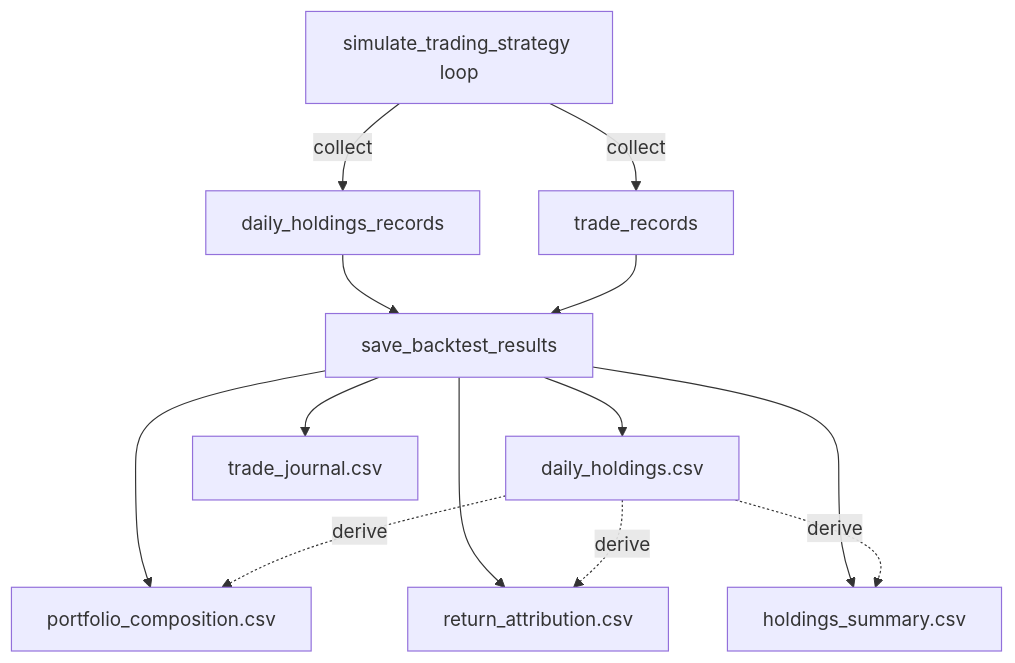
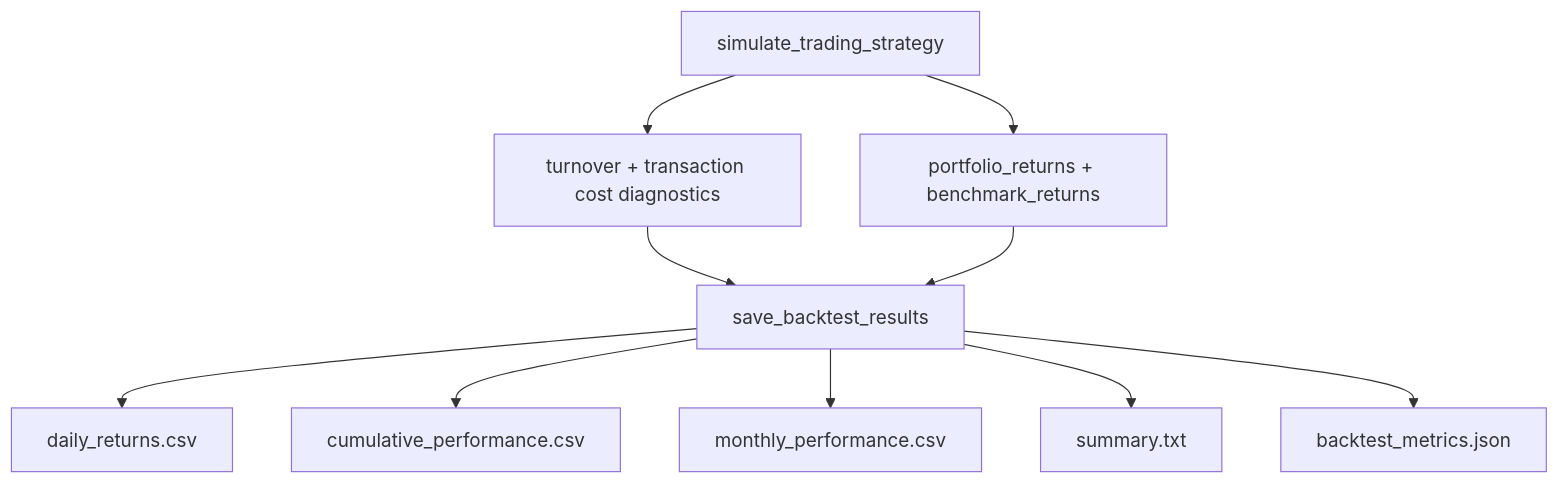
The diagram in .cursor/plans/portfolio_tracking_outputs_97e4564b.plan.md (magilliam27/MCI-GRU), drawn with Mermaid before and after one commit. The commit also changed other lines of this file and 2 other files, not shown here.

First line of the commit message:
Refactor portfolio tracking outputs in backtest simulation

````diff
--- a/.cursor/plans/portfolio_tracking_outputs_97e4564b.plan.md
+++ b/.cursor/plans/portfolio_tracking_outputs_97e4564b.plan.md
@@ -47,19 +79,12 @@
 ```mermaid
 flowchart TD
-    SimLoop[simulate_trading_strategy loop]
-    SimLoop -->|collect| HoldingsData[daily_holdings_records]
-    SimLoop -->|collect| TradeData[trade_records]
-    
-    HoldingsData --> SaveFunc[save_backtest_results]
-    TradeData --> SaveFunc
-    
-    SaveFunc --> CSV1[daily_holdings.csv]
-    SaveFunc --> CSV2[trade_journal.csv]
-    SaveFunc --> CSV3[portfolio_composition.csv]
-    SaveFunc --> CSV4[return_attribution.csv]
-    SaveFunc --> CSV5[holdings_summary.csv]
-    
-    CSV1 -.derive.-> CSV3
-    CSV1 -.derive.-> CSV4
-    CSV1 -.derive.-> CSV5
+    A[simulate_trading_strategy] --> B[portfolio_returns + benchmark_returns]
+    A --> C[turnover + transaction cost diagnostics]
+    C --> D[save_backtest_results]
+    B --> D
+    D --> E[daily_returns.csv]
+    D --> F[cumulative_performance.csv]
+    D --> G[monthly_performance.csv]
+    D --> H[summary.txt]
+    D --> I[backtest_metrics.json]
 ```
````
